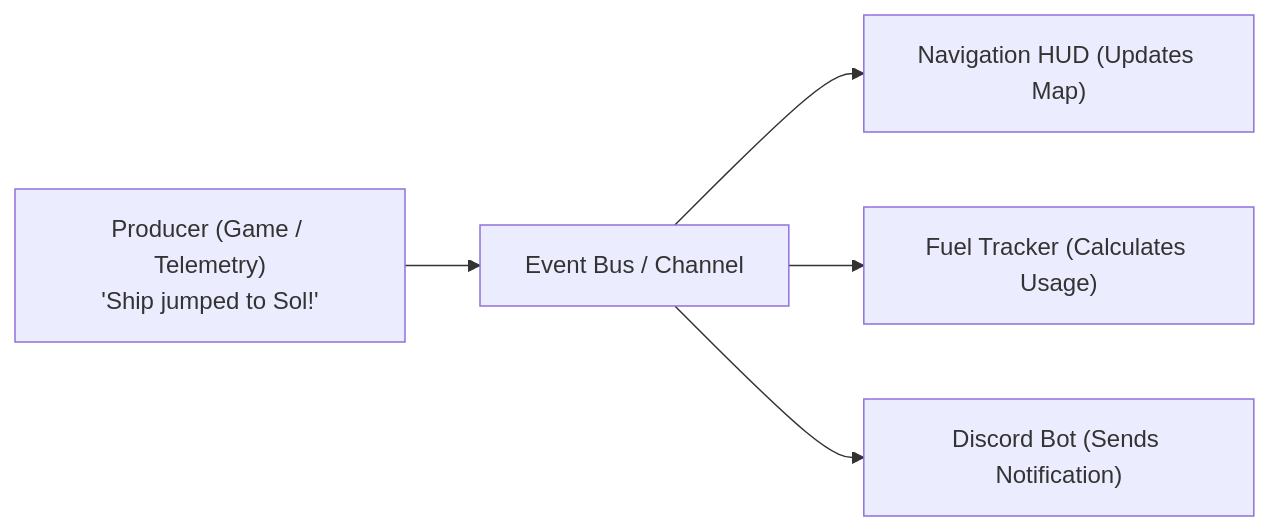
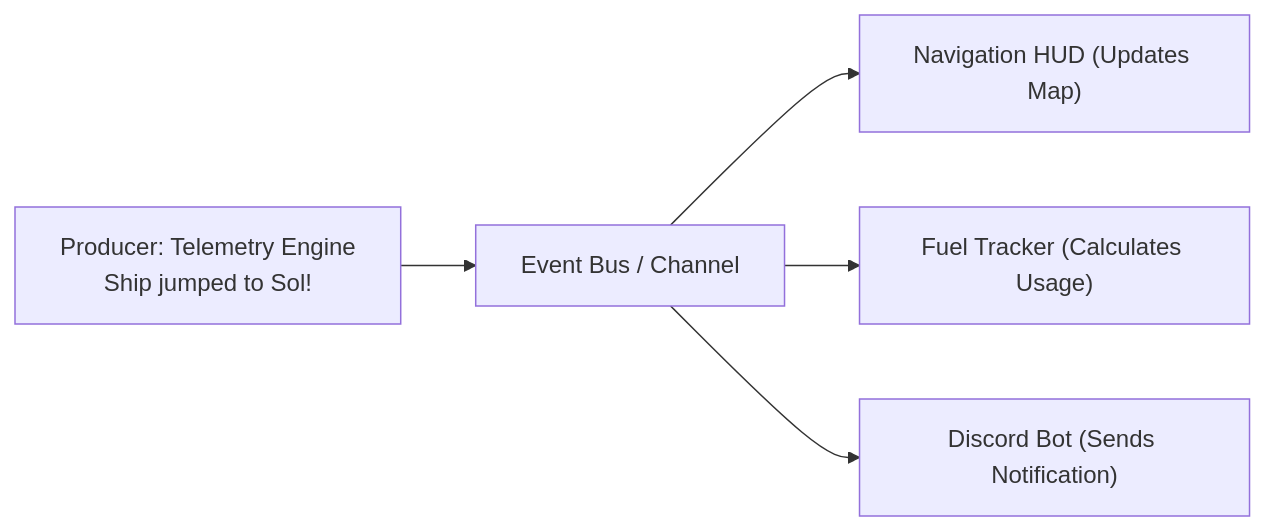
One commit to mnaatjes/ed-fleet-client changed the first of 10 diagrams in architecture/notes/event_driven_telemetry_and_state_fundamentals.md. Above: the diagram before and after it, drawn with Mermaid. The commit also changed other lines of this file, not shown here.

Commit message:
docs(architecture): sanitize mermaid diagram syntax in fundamentals guide

````diff
--- a/architecture/notes/event_driven_telemetry_and_state_fundamentals.md
+++ b/architecture/notes/event_driven_telemetry_and_state_fundamentals.md
@@ -24,7 +24,7 @@
 ```mermaid
 flowchart LR
-    Producer["Producer (Game / Telemetry)\n'Ship jumped to Sol!'"] --> EventBus["Event Bus / Channel"]
+    Producer["Producer: Telemetry Engine<br/>Ship jumped to Sol!"] --> EventBus["Event Bus / Channel"]
     EventBus --> C1["Navigation HUD (Updates Map)"]
     EventBus --> C2["Fuel Tracker (Calculates Usage)"]
     EventBus --> C3["Discord Bot (Sends Notification)"]
 ```
````
